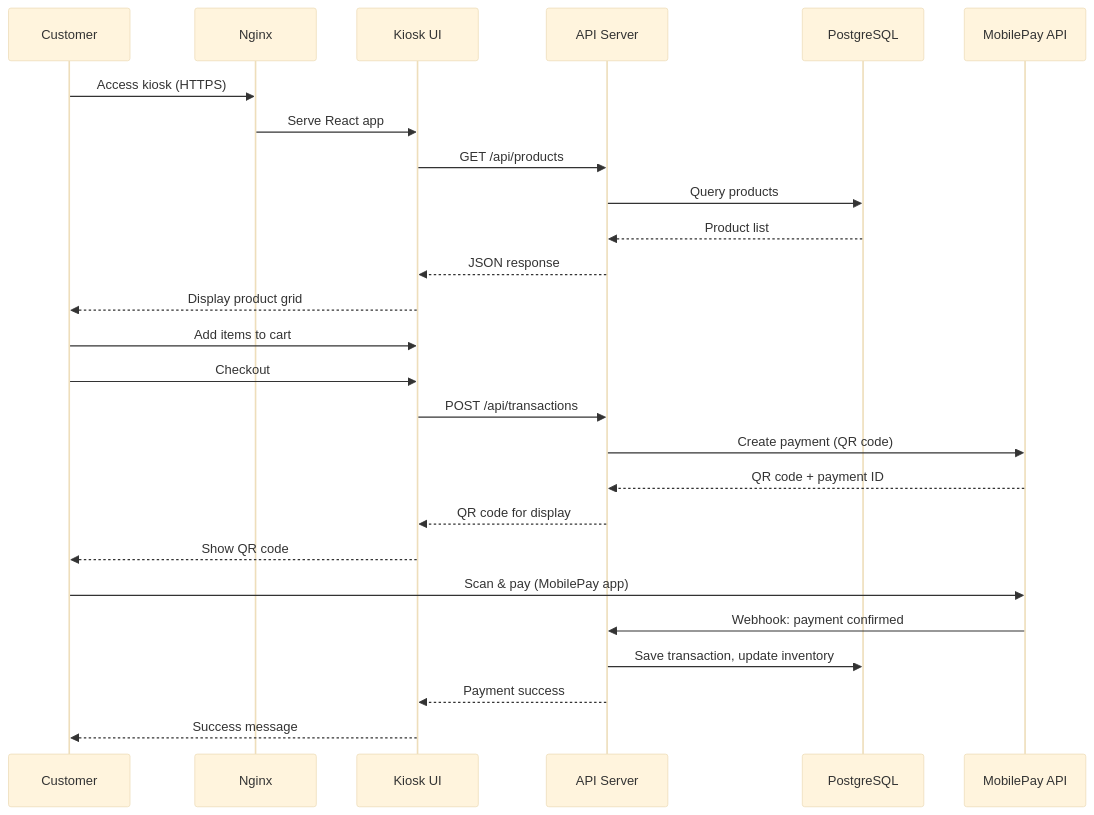
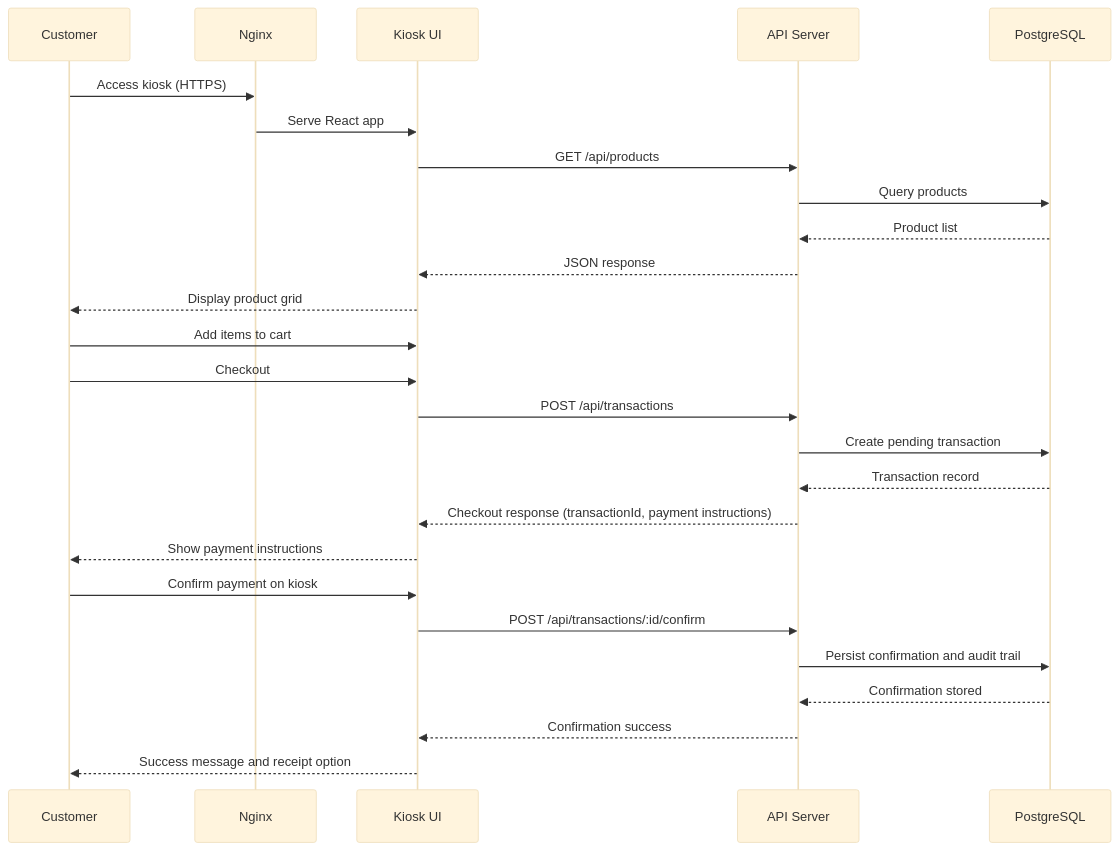
One commit to JYU-GENIUS-project/snackbar_v1 changed the third of 7 diagrams in docs/architecture/C4_Architecture.md. Above: the diagram before and after it, drawn with Mermaid (base theme). The commit also changed other lines of this file and 38 other files, not shown here.

````diff
--- a/docs/architecture/C4_Architecture.md
+++ b/docs/architecture/C4_Architecture.md
@@ -115,31 +110,31 @@
 ```mermaid
 sequenceDiagram
     participant C as Customer
     participant N as Nginx
     participant K as Kiosk UI
     participant A as API Server
     participant DB as PostgreSQL
-    participant MP as MobilePay API
 
     C->>N: Access kiosk (HTTPS)
     N->>K: Serve React app
     K->>A: GET /api/products
     A->>DB: Query products
     DB-->>A: Product list
     A-->>K: JSON response
     K-->>C: Display product grid
     
     C->>K: Add items to cart
     C->>K: Checkout
     K->>A: POST /api/transactions
-    A->>MP: Create payment (QR code)
-    MP-->>A: QR code + payment ID
-    A-->>K: QR code for display
-    K-->>C: Show QR code
-    
-    C->>MP: Scan & pay (MobilePay app)
-    MP->>A: Webhook: payment confirmed
-    A->>DB: Save transaction, update inventory
-    A-->>K: Payment success
-    K-->>C: Success message
+    A->>DB: Create pending transaction
+    DB-->>A: Transaction record
+    A-->>K: Checkout response (transactionId, payment instructions)
+    K-->>C: Show payment instructions
+
+    C->>K: Confirm payment on kiosk
+    K->>A: POST /api/transactions/:id/confirm
+    A->>DB: Persist confirmation and audit trail
+    DB-->>A: Confirmation stored
+    A-->>K: Confirmation success
+    K-->>C: Success message and receipt option
 ```
````
